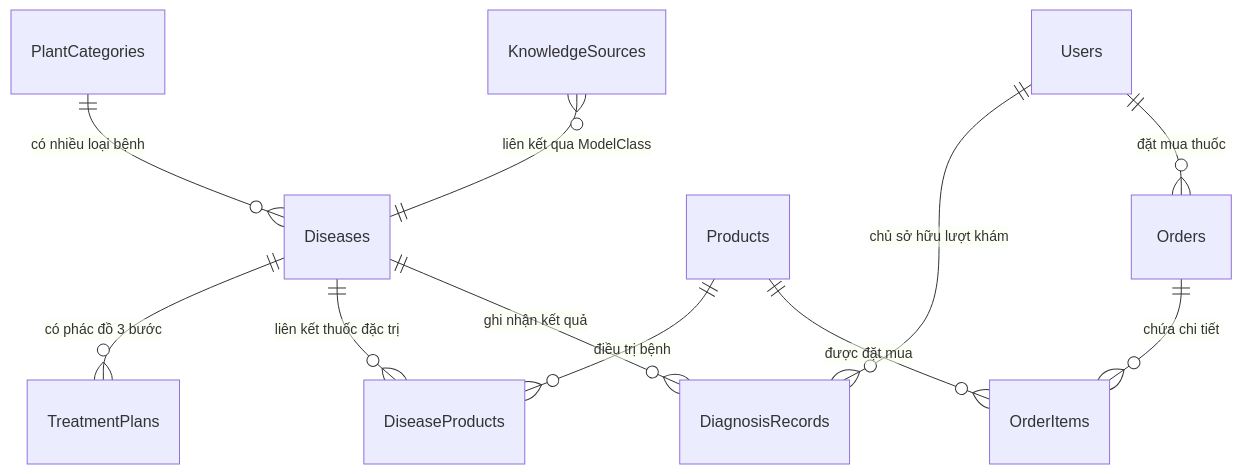
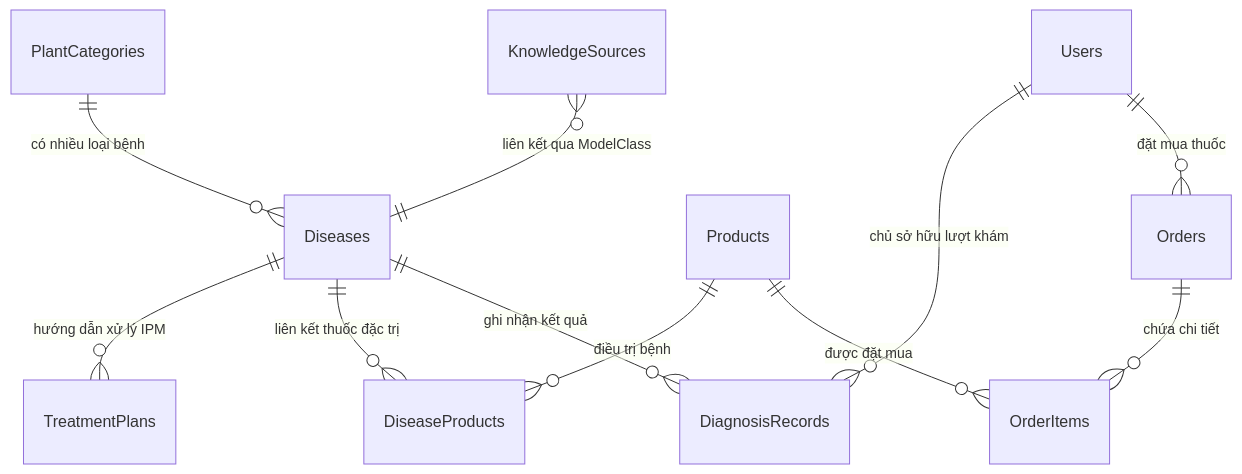
Before and after one commit to duanhap/LAVITREE: the diagram in docs/architecture/database-schema.md, drawn with Mermaid. The commit also changed other lines of this file and 12 other files, not shown here.

````diff
--- a/docs/architecture/database-schema.md
+++ b/docs/architecture/database-schema.md
@@ -9,13 +9,13 @@
 ```mermaid
 erDiagram
     PlantCategories ||--o{ Diseases : "có nhiều loại bệnh"
-    Diseases ||--o{ TreatmentPlans : "có phác đồ 3 bước"
+    Diseases ||--o{ TreatmentPlans : "hướng dẫn xử lý IPM"
     Diseases ||--o{ DiseaseProducts : "liên kết thuốc đặc trị"
     Products ||--o{ DiseaseProducts : "điều trị bệnh"
     Diseases ||--o{ DiagnosisRecords : "ghi nhận kết quả"
     Users ||--o{ DiagnosisRecords : "chủ sở hữu lượt khám"
     Users ||--o{ Orders : "đặt mua thuốc"
     Orders ||--o{ OrderItems : "chứa chi tiết"
     Products ||--o{ OrderItems : "được đặt mua"
     KnowledgeSources }o--|| Diseases : "liên kết qua ModelClass"
 ```
````
